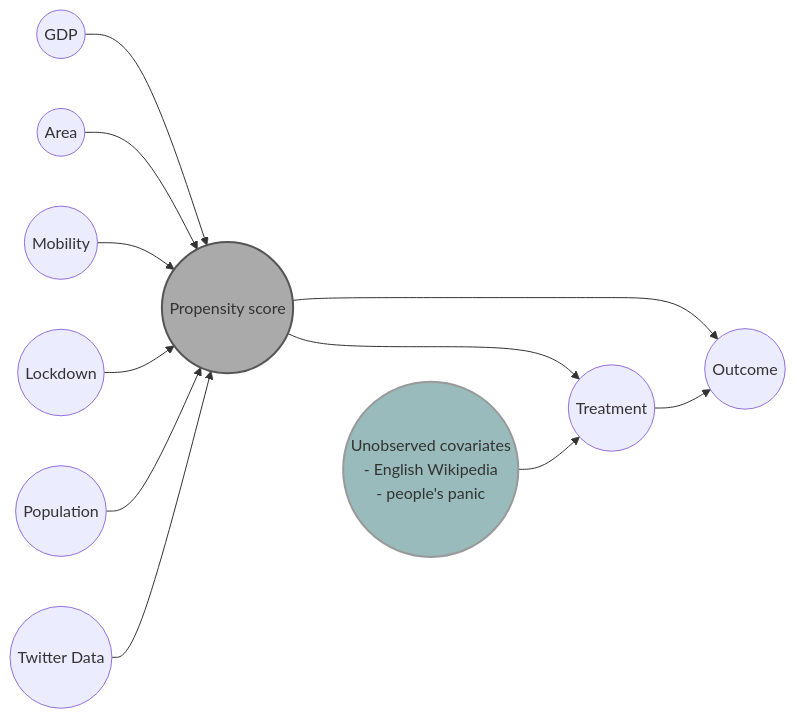
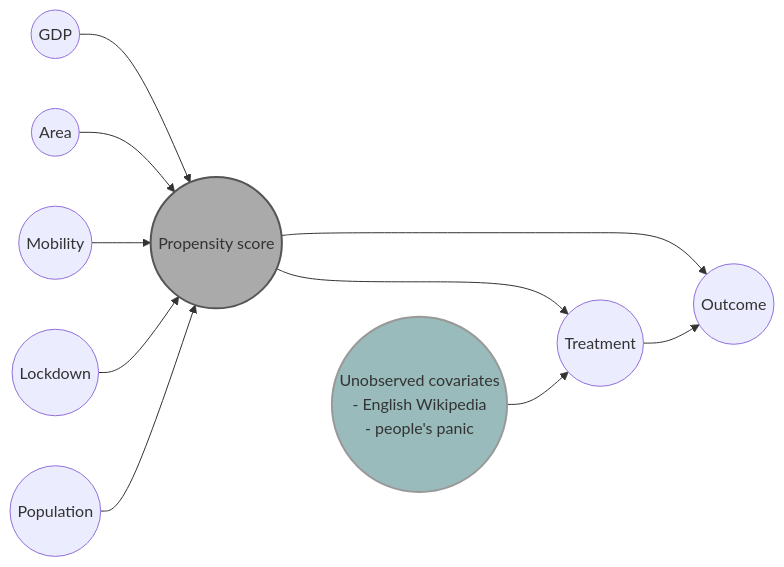
One commit to RiccardoBrioschi/The-pandemic-through-the-eyes-of-Internet changed the diagram in README.md. Above: the diagram before and after it, drawn with Mermaid.

Commit message:
graph update readme

````diff
--- a/README.md
+++ b/README.md
@@ -54,16 +54,15 @@
 ```mermaid
 graph LR
 B((GDP)) --> A((Propensity score))
 C((Area)) --> A
 D((Mobility)) --> A
 E((Lockdown)) --> A
 F((Population)) --> A
-N((Twitter Data)) --> A
 A ---> G((Treatment))
 A --> H((Outcome))
 G -->H
 I((Unobserved covariates <br/>  - English Wikipedia <br/> - people's panic))--> G
 
 style A fill:#aaa,stroke:#555,stroke-width:2px
 style I fill:#9bb,stroke:#999,stroke-width:2px
 ```
````
